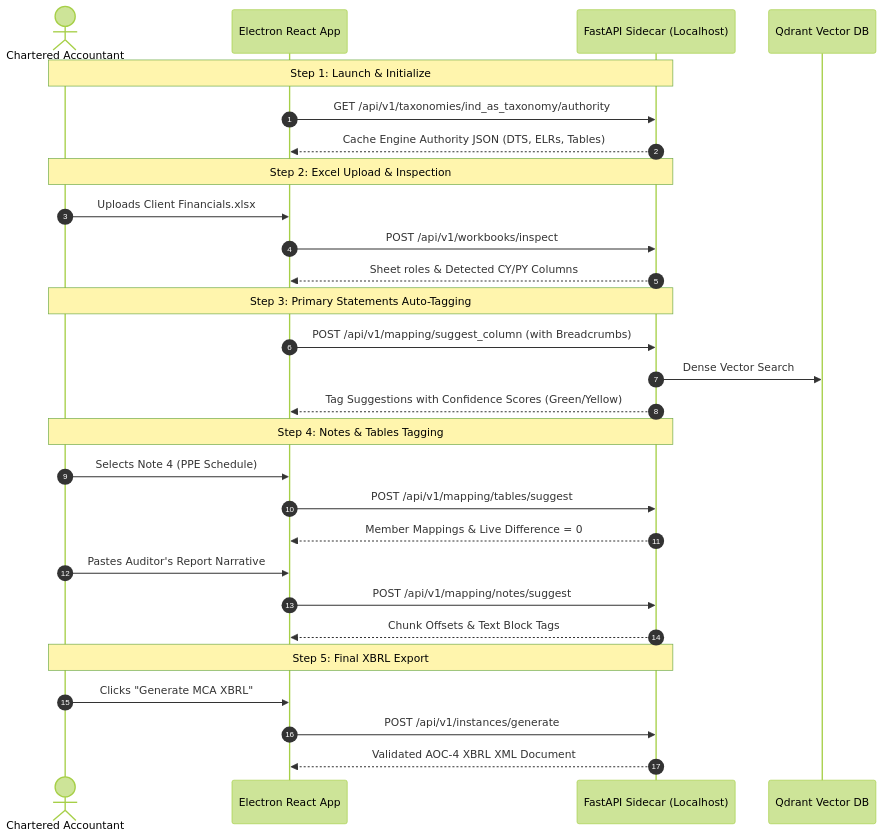
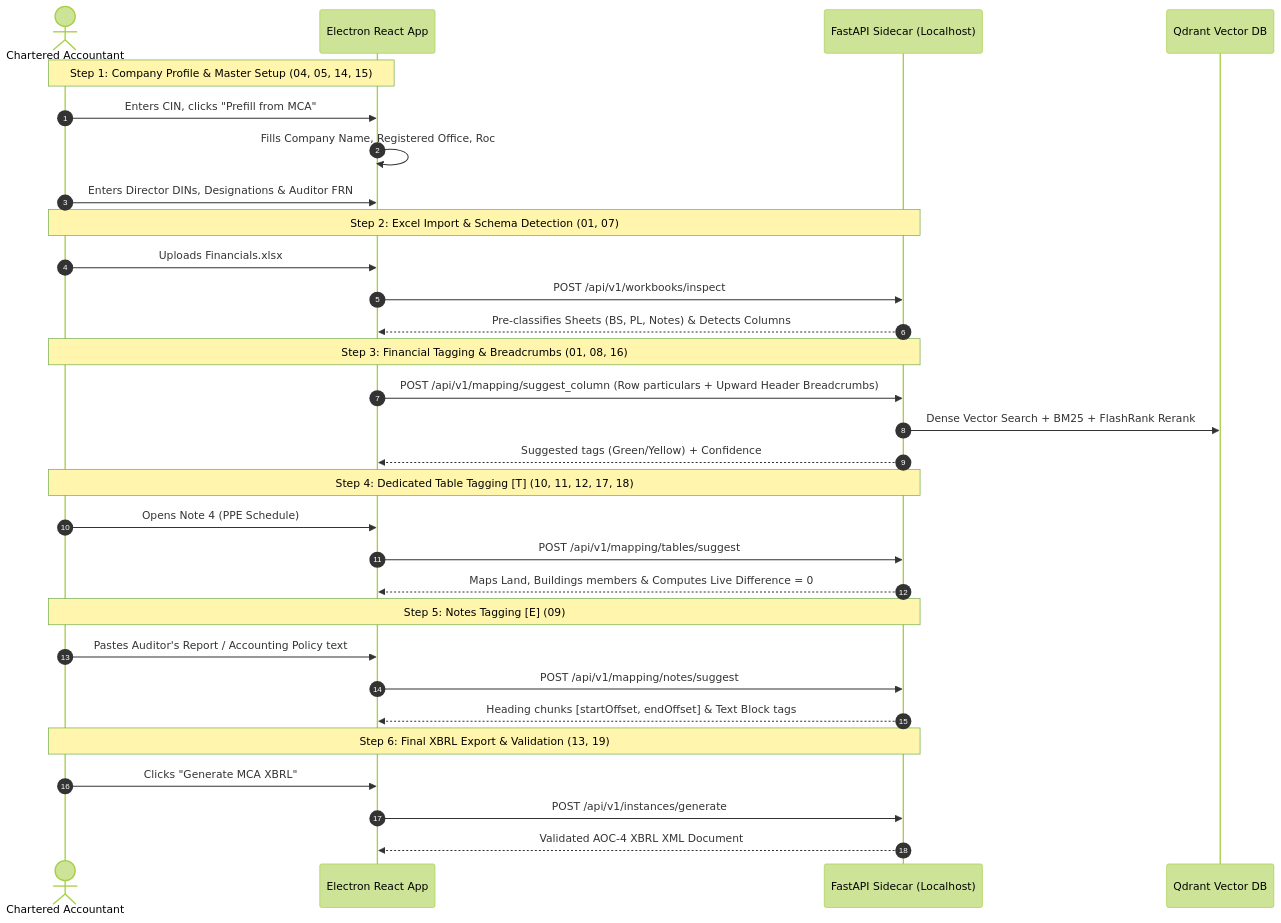
Before and after one commit to VashuTheGreat/XBRL_autopilot: the diagram in docs/workflow.md, drawn with Mermaid (forest theme). The commit also changed other lines of this file and 7 other files, not shown here.

````diff
--- a/docs/workflow.md
+++ b/docs/workflow.md
@@ -757,36 +967,38 @@
 ```mermaid
 sequenceDiagram
     autonumber
     actor CA as Chartered Accountant
     participant UI as Electron React App
     participant FS as FastAPI Sidecar (Localhost)
     participant QD as Qdrant Vector DB
 
-    Note over CA, FS: Step 1: Launch & Initialize
-    UI->>FS: GET /api/v1/taxonomies/ind_as_taxonomy/authority
-    FS-->>UI: Cache Engine Authority JSON (DTS, ELRs, Tables)
+    Note over CA, UI: Step 1: Company Profile & Master Setup (04, 05, 14, 15)
+    CA->>UI: Enters CIN, clicks "Prefill from MCA"
+    UI->>UI: Fills Company Name, Registered Office, Roc
+    CA->>UI: Enters Director DINs, Designations & Auditor FRN
 
-    Note over CA, FS: Step 2: Excel Upload & Inspection
-    CA->>UI: Uploads Client Financials.xlsx
+    Note over CA, FS: Step 2: Excel Import & Schema Detection (01, 07)
+    CA->>UI: Uploads Financials.xlsx
     UI->>FS: POST /api/v1/workbooks/inspect
-    FS-->>UI: Sheet roles & Detected CY/PY Columns
+    FS-->>UI: Pre-classifies Sheets (BS, PL, Notes) & Detects Columns
 
-    Note over CA, FS: Step 3: Primary Statements Auto-Tagging
-    UI->>FS: POST /api/v1/mapping/suggest_column (with Breadcrumbs)
-    FS->>QD: Dense Vector Search
-    FS-->>UI: Tag Suggestions with Confidence Scores (Green/Yellow)
+    Note over CA, FS: Step 3: Financial Tagging & Breadcrumbs (01, 08, 16)
+    UI->>FS: POST /api/v1/mapping/suggest_column (Row particulars + Upward Header Breadcrumbs)
+    FS->>QD: Dense Vector Search + BM25 + FlashRank Rerank
+    FS-->>UI: Suggested tags (Green/Yellow) + Confidence
 
-    Note over CA, FS: Step 4: Notes & Tables Tagging
-    CA->>UI: Selects Note 4 (PPE Schedule)
+    Note over CA, FS: Step 4: Dedicated Table Tagging [T] (10, 11, 12, 17, 18)
+    CA->>UI: Opens Note 4 (PPE Schedule)
     UI->>FS: POST /api/v1/mapping/tables/suggest
-    FS-->>UI: Member Mappings & Live Difference = 0
+    FS-->>UI: Maps Land, Buildings members & Computes Live Difference = 0
 
-    CA->>UI: Pastes Auditor's Report Narrative
+    Note over CA, FS: Step 5: Notes Tagging [E] (09)
+    CA->>UI: Pastes Auditor's Report / Accounting Policy text
     UI->>FS: POST /api/v1/mapping/notes/suggest
-    FS-->>UI: Chunk Offsets & Text Block Tags
+    FS-->>UI: Heading chunks [startOffset, endOffset] & Text Block tags
 
-    Note over CA, FS: Step 5: Final XBRL Export
+    Note over CA, FS: Step 6: Final XBRL Export & Validation (13, 19)
     CA->>UI: Clicks "Generate MCA XBRL"
     UI->>FS: POST /api/v1/instances/generate
     FS-->>UI: Validated AOC-4 XBRL XML Document
 ```
````
